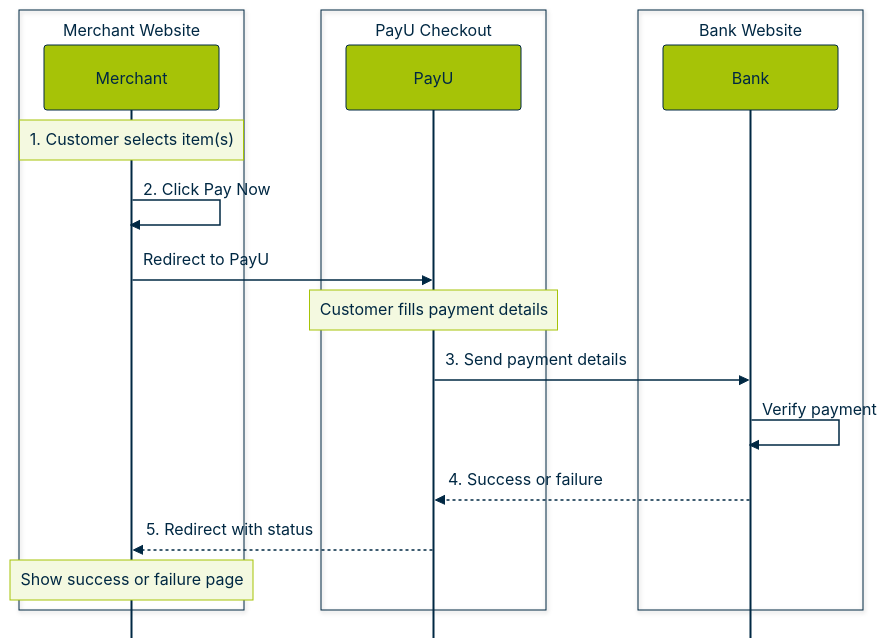
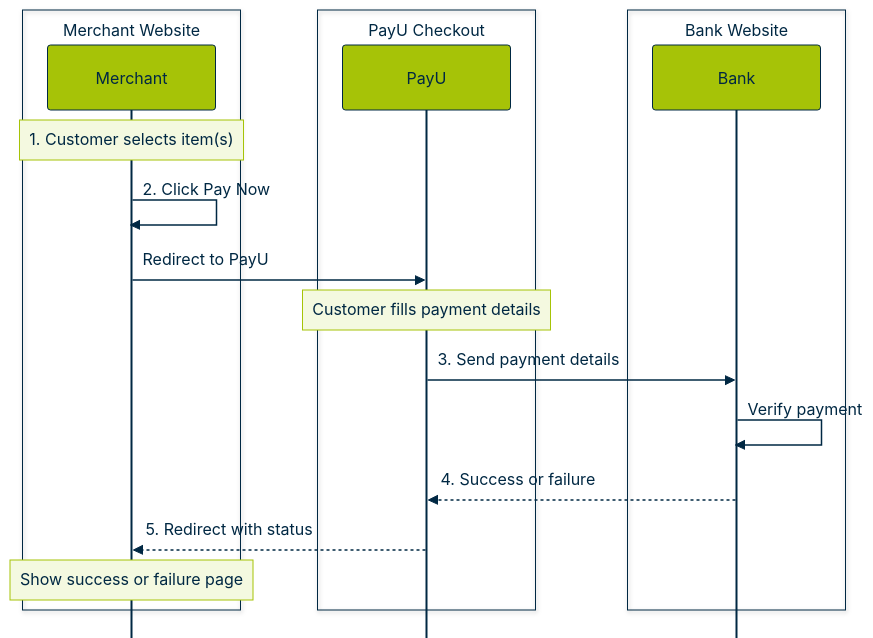
The first of 17 diagrams in docs/RECYCLE BIN/internal-review-swimlane-diagrams.md (payu-india/CMS-Chatbot), drawn with Mermaid before and after one commit. The commit also changed other lines of this file, not shown here.

Commit message:
Update doc `internal-review-swimlane-diagrams`

````diff
--- a/docs/RECYCLE BIN/internal-review-swimlane-diagrams.md
+++ b/docs/RECYCLE BIN/internal-review-swimlane-diagrams.md
@@ -12,70 +19,70 @@
 ```mermaid
 %%{init: {
   "theme": "base",
   "sequence": {
     "mirrorActors": false,
     "rightAngles": true,
     "messageAlign": "left",
-    "fontSize": 12,
-    "actorFontSize": 12,
-    "noteFontSize": 11,
-    "actorMargin": 95,
-    "width": 175,
+    "fontSize": 10,
+    "actorFontSize": 10,
+    "noteFontSize": 10,
+    "actorMargin": 88,
+    "width": 168,
     "boxMargin": 10,
     "messageMargin": 38,
     "diagramMarginX": 60,
     "diagramMarginY": 18
   },
   "themeVariables": {
     "fontFamily": "Arial, Helvetica, sans-serif",
-    "fontSize": "12px",
+    "fontSize": "10px",
     "background": "#FFFFFF",
     "primaryColor": "#A6C307",
     "primaryTextColor": "#002843",
     "primaryBorderColor": "#002843",
     "secondaryColor": "#F4F9E0",
     "lineColor": "#002843",
     "textColor": "#002843",
     "actorBkg": "#A6C307",
     "actorBorder": "#002843",
     "actorTextColor": "#002843",
     "actorLineColor": "#002843",
     "signalColor": "#002843",
     "signalTextColor": "#002843",
     "labelBoxBkgColor": "#F4F9E0",
     "labelBoxBorderColor": "#A6C307",
     "noteBkgColor": "#F4F9E0",
     "noteTextColor": "#002843",
     "noteBorderColor": "#A6C307",
     "activationBkgColor": "#E8F0C4",
     "activationBorderColor": "#002843"
   }
 }}%%
 sequenceDiagram
     box Merchant Website
         participant Merchant
     end
     box PayU Checkout
         participant PayU
     end
     box Bank Website
         participant Bank
     end
 
     Note over Merchant: 1. Customer selects item(s)
 
     Merchant->>Merchant: 2. Click Pay Now
     Merchant->>PayU: Redirect to PayU
 
     Note over PayU: Customer fills payment details
 
     PayU->>Bank: 3. Send payment details
 
     Bank->>Bank: Verify payment
     Bank-->>PayU: 4. Success or failure
 
     PayU-->>Merchant: 5. Redirect with status
 
     Note over Merchant: Show success or failure page
 
 ```
````
